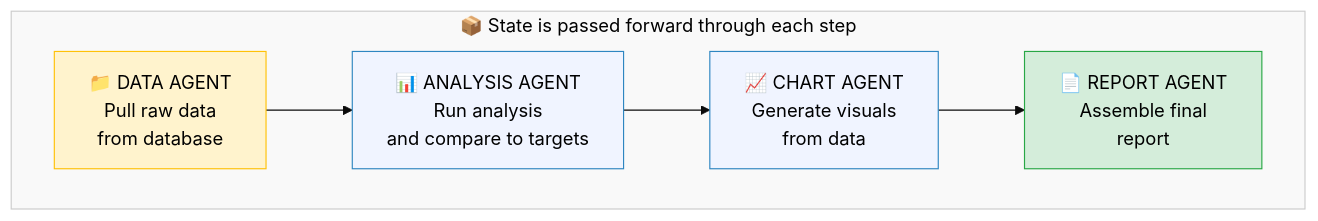
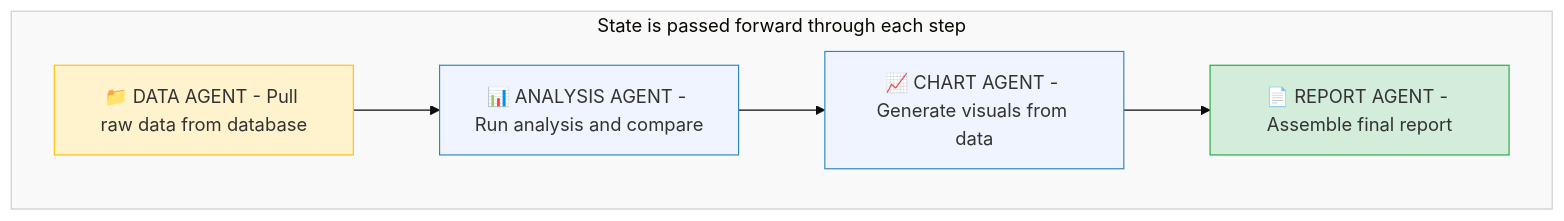
The second of 7 diagrams in docs/07-agentic-ai.md (ithinktavo/GenAI-Engineering-Handbook), drawn with Mermaid (base theme) before and after one commit. The commit also changed other lines of this file and 9 other files, not shown here.

First line of the commit message:
Fix Mermaid rendering: remove emoji from subgraph titles and unsupported syntax

````diff
--- a/docs/07-agentic-ai.md
+++ b/docs/07-agentic-ai.md
@@ -101,23 +101,23 @@
 ```mermaid
 graph LR
-    Data["📁 DATA AGENT\nPull raw data\nfrom database"]
-    Analysis["📊 ANALYSIS AGENT\nRun analysis\nand compare to targets"]
-    Chart["📈 CHART AGENT\nGenerate visuals\nfrom data"]
-    Report["📄 REPORT AGENT\nAssemble final\nreport"]
+    Data["📁 DATA AGENT - Pull raw data from database"]
+    Analysis["📊 ANALYSIS AGENT - Run analysis and compare"]
+    Chart["📈 CHART AGENT - Generate visuals from data"]
+    Report["📄 REPORT AGENT - Assemble final report"]
 
     Data --> Analysis --> Chart --> Report
 
-    subgraph State ["📦 State is passed forward through each step"]
+    subgraph State ["State is passed forward through each step"]
         direction LR
         Data
         Analysis
         Chart
         Report
     end
 
-    style Data fill:#fff3cd,stroke:#ffc107,color:#000
-    style Analysis fill:#f0f4ff,stroke:#2E86C1,color:#000
-    style Chart fill:#f0f4ff,stroke:#2E86C1,color:#000
-    style Report fill:#d4edda,stroke:#28a745,color:#000
-    style State fill:#f9f9f9,stroke:#ccc,color:#000
+    style Data fill:#fff3cd,stroke:#ffc107
+    style Analysis fill:#f0f4ff,stroke:#2E86C1
+    style Chart fill:#f0f4ff,stroke:#2E86C1
+    style Report fill:#d4edda,stroke:#28a745
+    style State fill:#f9f9f9,stroke:#ccc
 ```
````
